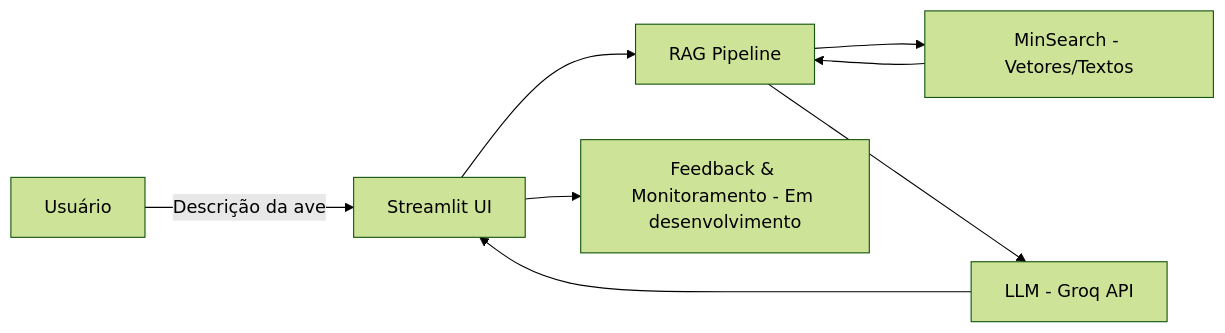
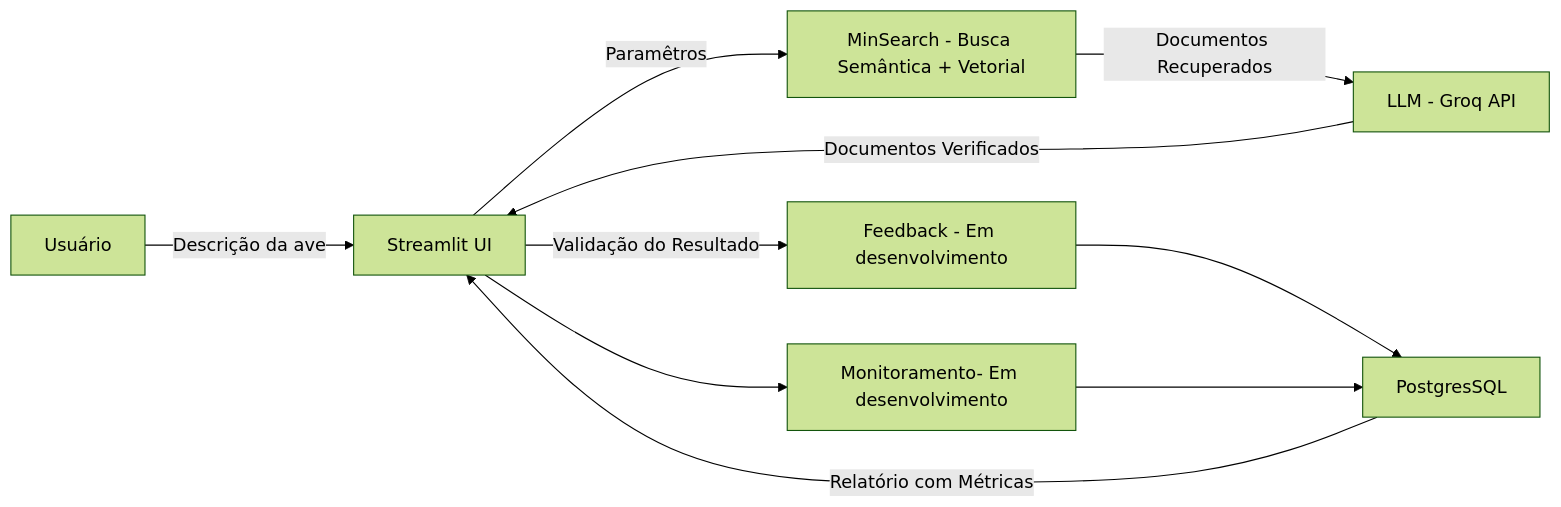
One commit to rafaelladuarte/avesrag-assistant changed the diagram in README.md. Above: the diagram before and after it, drawn with Mermaid (forest theme). The commit also changed other lines of this file and 12 other files, not shown here.

Commit message:
feat: add send feedback to postgres

````diff
--- a/README.md
+++ b/README.md
@@ -53,10 +49,12 @@
 ```mermaid
 flowchart LR
     A[Usuário] -->|Descrição da ave| B[Streamlit UI]
-    B --> C[RAG Pipeline]
-    C --> D[MinSearch - Vetores/Textos]
-    D --> C
-    C --> E[LLM - Groq API]
-    E --> B
-    B --> F[Feedback & Monitoramento - Em desenvolvimento]
+    B --> | Paramêtros | D[MinSearch - Busca Semântica + Vetorial]
+    D --> | Documentos Recuperados | E[LLM - Groq API]
+    E --> | Documentos Verificados | B
+    B --> | Validação do Resultado | F[Feedback - Em desenvolvimento]
+    F --> H[PostgresSQL]
+    B --> G[Monitoramento- Em desenvolvimento]
+    G --> H
+    H --> | Relatório com Métricas | B
 ```
````
